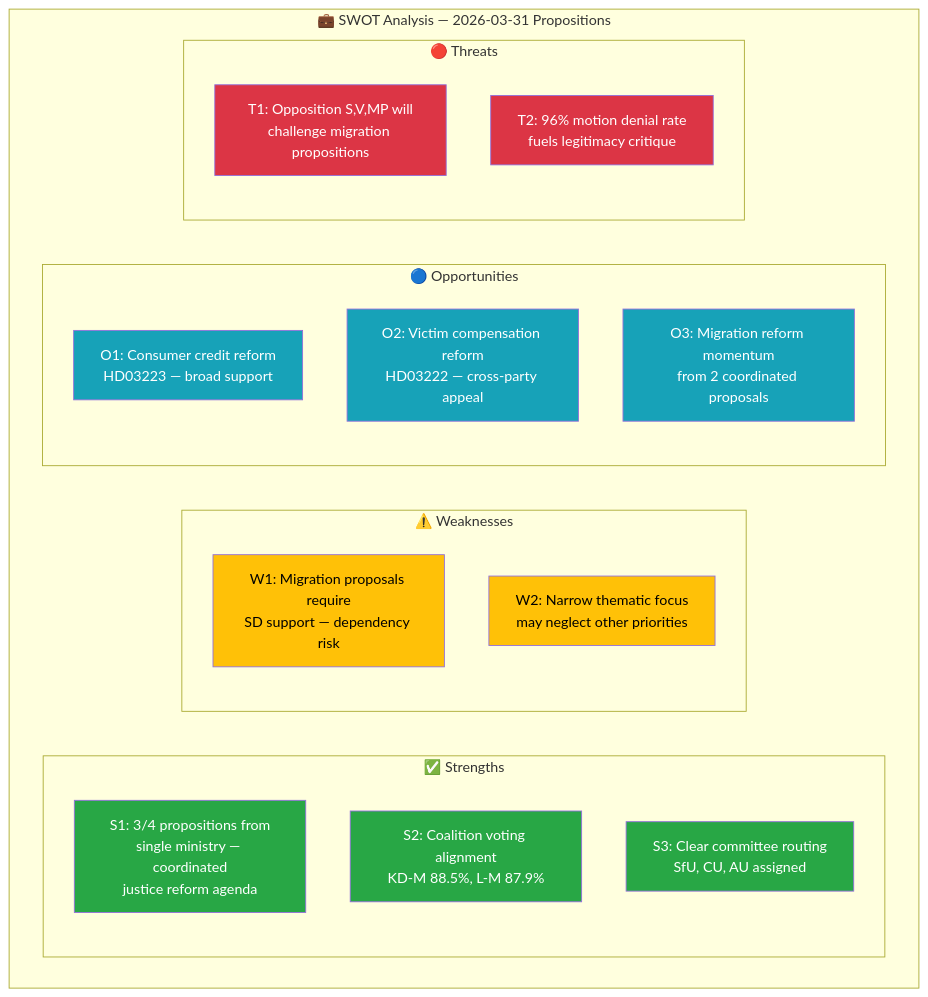
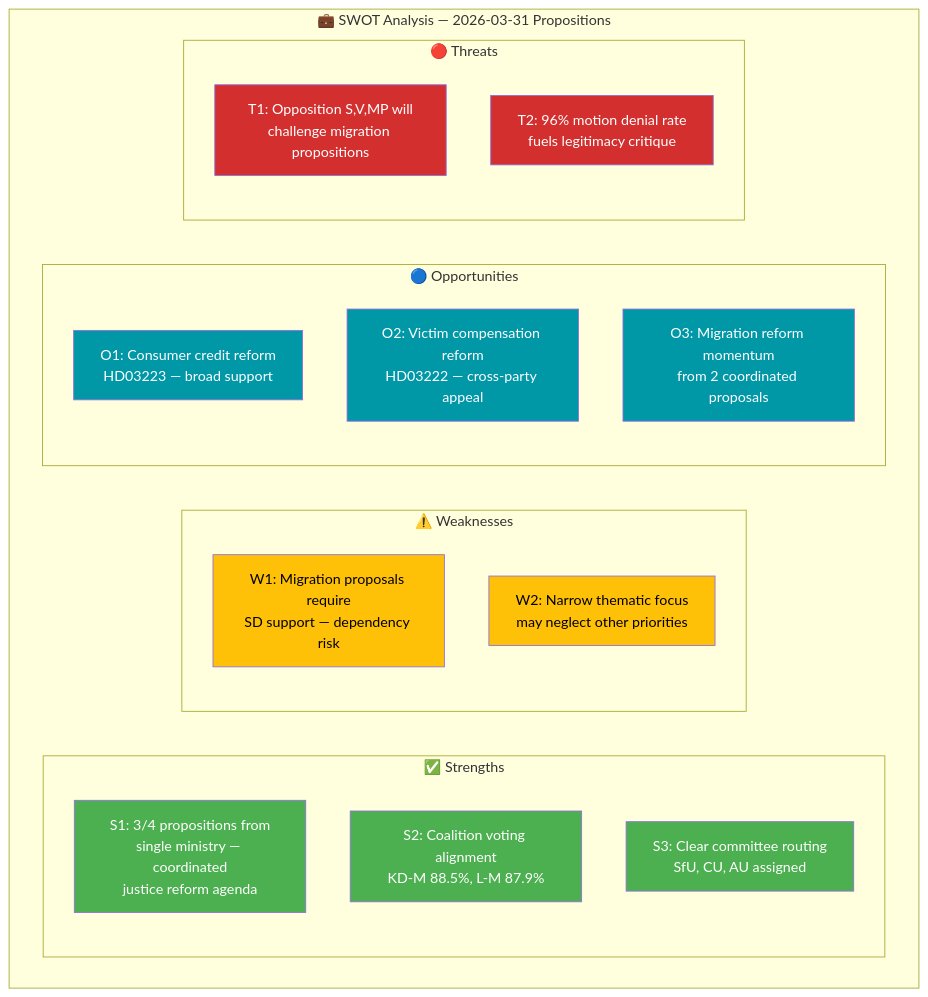
The diagram in analysis/daily/2026-03-31/propositions/swot-analysis.md (Hack23/riksdagsmonitor), drawn with Mermaid before and after one commit. The commit also changed 785 other files, not shown here.

First line of the commit message:
Normalize mermaid colors across 786 analysis artifacts to ISMS Style Guide palette

````diff
--- a/analysis/daily/2026-03-31/propositions/swot-analysis.md
+++ b/analysis/daily/2026-03-31/propositions/swot-analysis.md
@@ -22,33 +22,33 @@
 ```mermaid
 graph TD
     subgraph "💼 SWOT Analysis — 2026-03-31 Propositions"
         subgraph "✅ Strengths"
             S1["S1: 3/4 propositions from<br/>single ministry — coordinated<br/>justice reform agenda"]
             S2["S2: Coalition voting alignment<br/>KD-M 88.5%, L-M 87.9%"]
             S3["S3: Clear committee routing<br/>SfU, CU, AU assigned"]
         end
         subgraph "⚠️ Weaknesses"
             W1["W1: Migration proposals require<br/>SD support — dependency risk"]
             W2["W2: Narrow thematic focus<br/>may neglect other priorities"]
         end
         subgraph "🔵 Opportunities"
             O1["O1: Consumer credit reform<br/>HD03223 — broad support"]
             O2["O2: Victim compensation reform<br/>HD03222 — cross-party appeal"]
             O3["O3: Migration reform momentum<br/>from 2 coordinated proposals"]
         end
         subgraph "🔴 Threats"
             T1["T1: Opposition S,V,MP will<br/>challenge migration propositions"]
             T2["T2: 96% motion denial rate<br/>fuels legitimacy critique"]
         end
     end
-    style S1 fill:#28a745,color:#fff
-    style S2 fill:#28a745,color:#fff
-    style S3 fill:#28a745,color:#fff
-    style W1 fill:#ffc107,color:#000
-    style W2 fill:#ffc107,color:#000
-    style O1 fill:#17a2b8,color:#fff
-    style O2 fill:#17a2b8,color:#fff
-    style O3 fill:#17a2b8,color:#fff
-    style T1 fill:#dc3545,color:#fff
-    style T2 fill:#dc3545,color:#fff
+    style S1 fill:#4CAF50,color:#FFFFFF
+    style S2 fill:#4CAF50,color:#FFFFFF
+    style S3 fill:#4CAF50,color:#FFFFFF
+    style W1 fill:#FFC107,color:#000000
+    style W2 fill:#FFC107,color:#000000
+    style O1 fill:#0097A7,color:#FFFFFF
+    style O2 fill:#0097A7,color:#FFFFFF
+    style O3 fill:#0097A7,color:#FFFFFF
+    style T1 fill:#D32F2F,color:#FFFFFF
+    style T2 fill:#D32F2F,color:#FFFFFF
 ```
````
